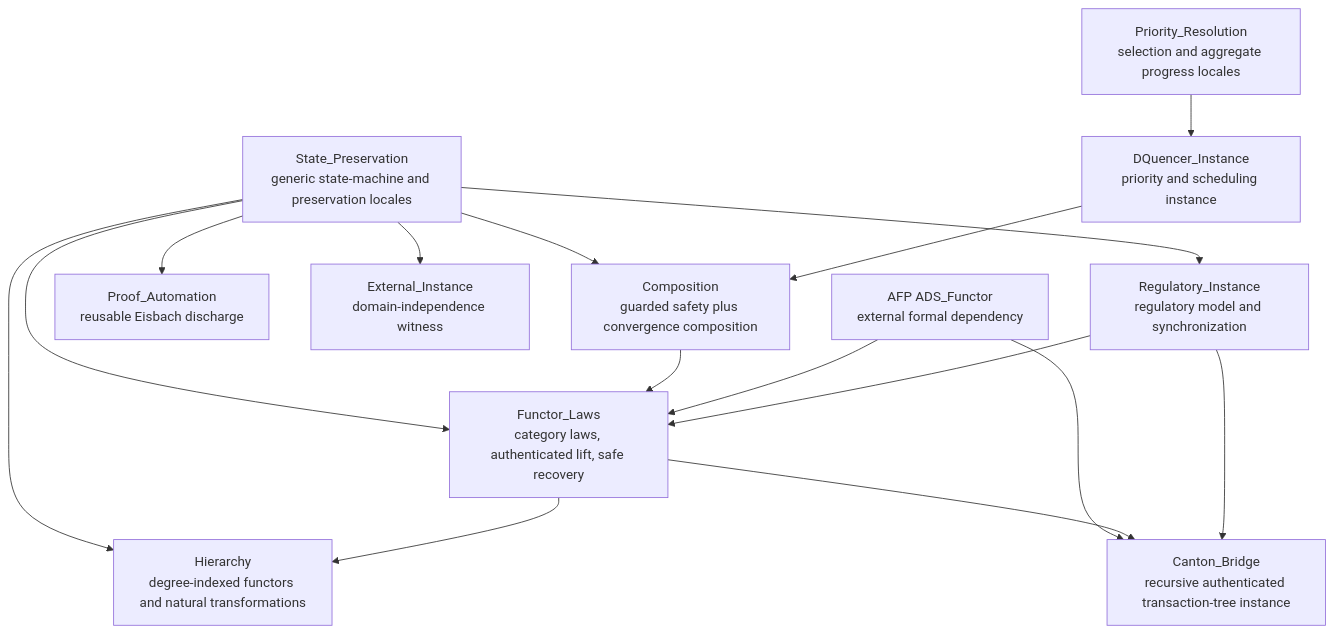
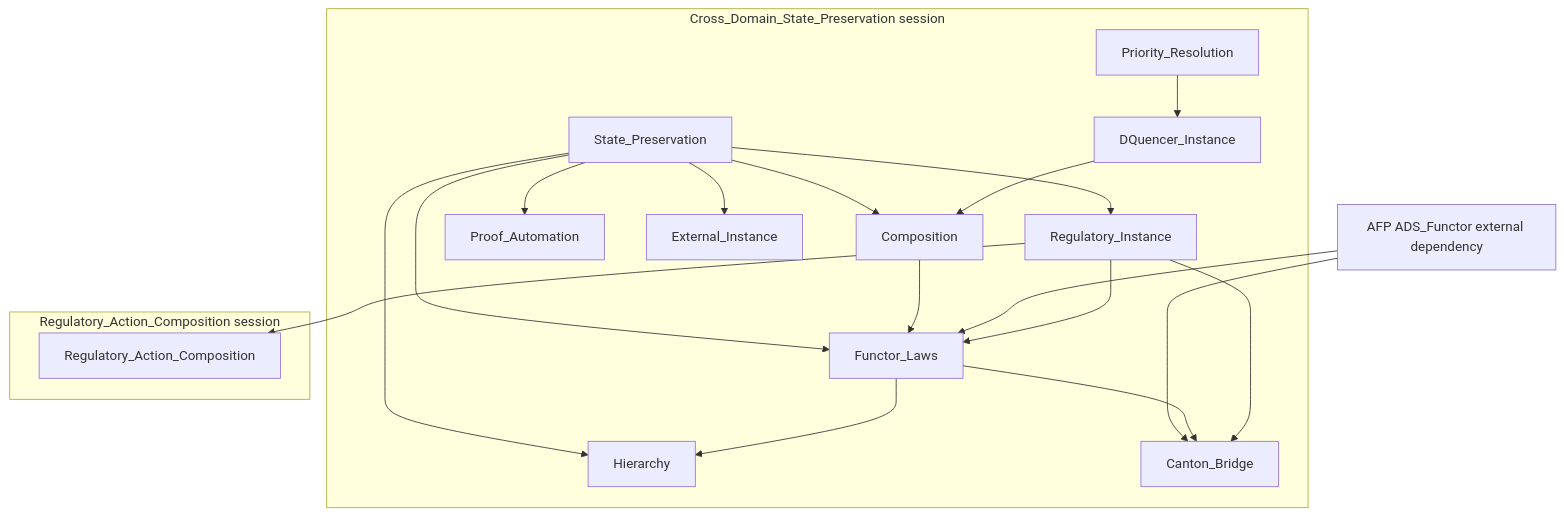
Before and after one commit to Oraclizer/formal-verification: the diagram in README.md, drawn with Mermaid. The commit also changed other lines of this file and 20 other files, not shown here.

First line of the commit message:
Add Regulatory Action Composition as a standalone Isabelle session (#3)

````diff
--- a/README.md
+++ b/README.md
@@ -59,30 +71,38 @@
 ```mermaid
 flowchart TB
-    SP["State_Preservation<br/>generic state-machine and preservation locales"]
-    RI["Regulatory_Instance<br/>regulatory model and synchronization"]
-    PR["Priority_Resolution<br/>selection and aggregate progress locales"]
-    DQ["DQuencer_Instance<br/>priority and scheduling instance"]
-    CO["Composition<br/>guarded safety plus convergence composition"]
-    PA["Proof_Automation<br/>reusable Eisbach discharge"]
-    FL["Functor_Laws<br/>category laws, authenticated lift, safe recovery"]
-    HI["Hierarchy<br/>degree-indexed functors and natural transformations"]
-    EX["External_Instance<br/>domain-independence witness"]
-    CA["Canton_Bridge<br/>recursive authenticated transaction-tree instance"]
-    ADS["AFP ADS_Functor<br/>external formal dependency"]
+    subgraph CDSP["Cross_Domain_State_Preservation session"]
+      SP["State_Preservation"]
+      RI["Regulatory_Instance"]
+      PR["Priority_Resolution"]
+      DQ["DQuencer_Instance"]
+      CO["Composition"]
+      PA["Proof_Automation"]
+      FL["Functor_Laws"]
+      HI["Hierarchy"]
+      EX["External_Instance"]
+      CA["Canton_Bridge"]
+    end
+
+    subgraph RAC["Regulatory_Action_Composition session"]
+      RA["Regulatory_Action_Composition"]
+    end
+
+    ADS["AFP ADS_Functor external dependency"]
 
     SP --> RI
     SP --> CO
     SP --> PA
     SP --> FL
     SP --> HI
     SP --> EX
     PR --> DQ
     DQ --> CO
     CO --> FL
     ADS --> FL
     ADS --> CA
     FL --> HI
     FL --> CA
     RI --> FL
     RI --> CA
+    RI --> RA
 ```
````
